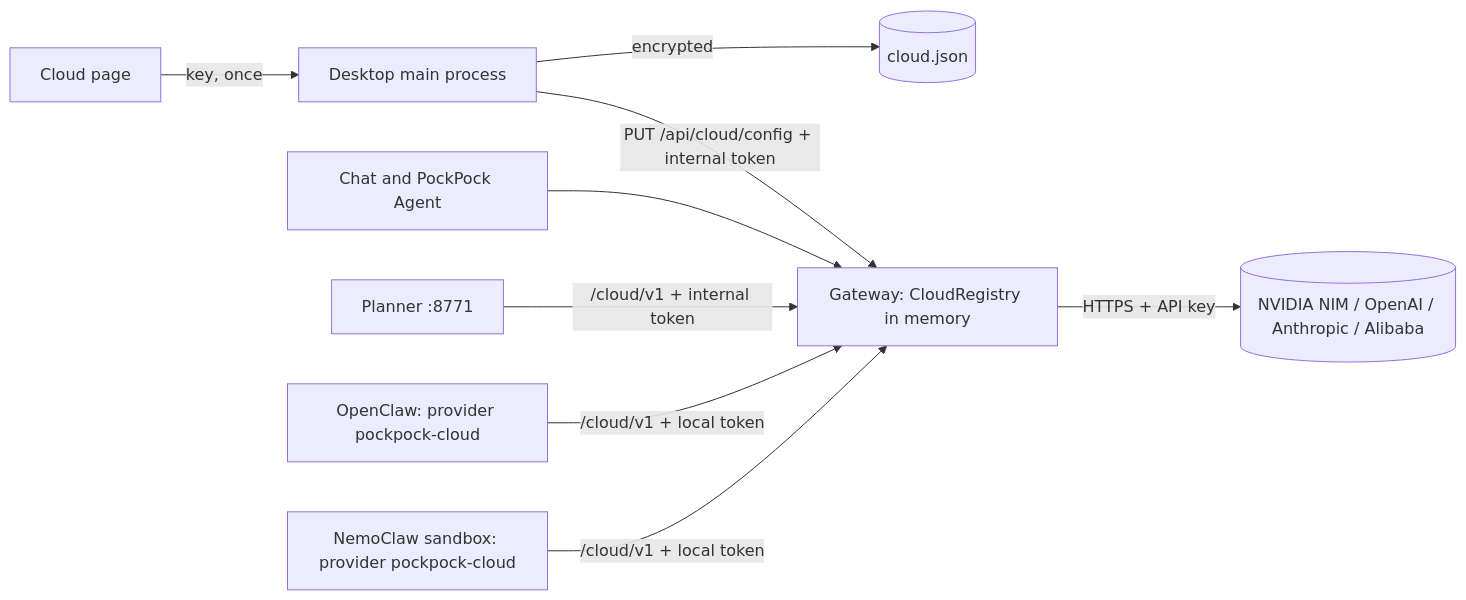
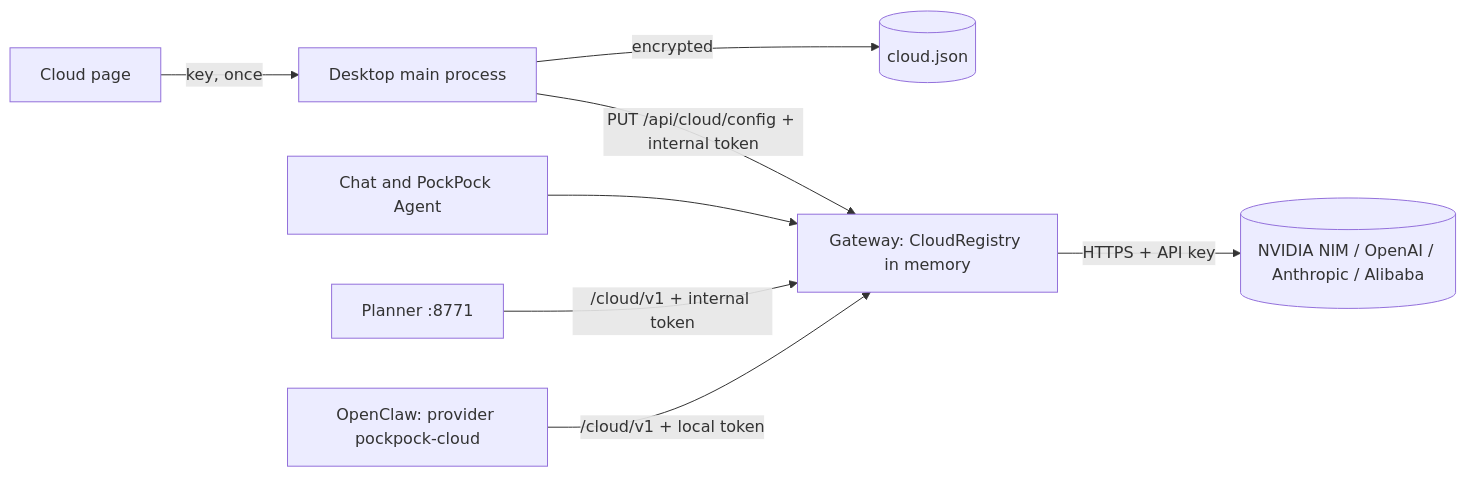
One commit to PockPock9/PockPockAgent changed the diagram in docs/features/cloud-models.md. Above: the diagram before and after it, drawn with Mermaid. The commit also changed other lines of this file and 51 other files, not shown here.

First line of the commit message:
chore: remove NemoClaw

````diff
--- a/docs/features/cloud-models.md
+++ b/docs/features/cloud-models.md
@@ -79,11 +76,10 @@
 ```mermaid
 flowchart LR
   Page[Cloud page] -->|key, once| Main[Desktop main process]
   Main -->|encrypted| File[(cloud.json)]
   Main -->|PUT /api/cloud/config + internal token| Gateway[Gateway: CloudRegistry in memory]
   Chat[Chat and PockPock Agent] --> Gateway
   Planner[Planner :8771] -->|/cloud/v1 + internal token| Gateway
   OpenClaw[OpenClaw: provider pockpock-cloud] -->|/cloud/v1 + local token| Gateway
-  NemoClaw[NemoClaw sandbox: provider pockpock-cloud] -->|/cloud/v1 + local token| Gateway
   Gateway -->|HTTPS + API key| Cloud[(NVIDIA NIM / OpenAI / Anthropic / Alibaba)]
 ```
````
